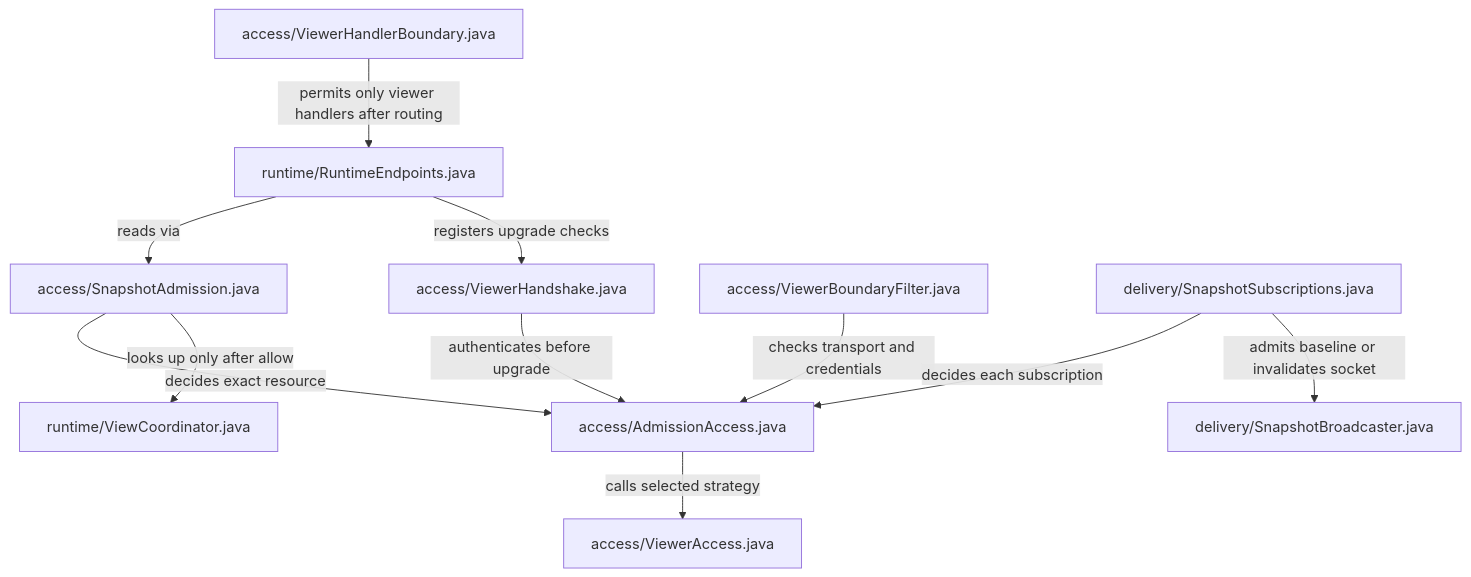
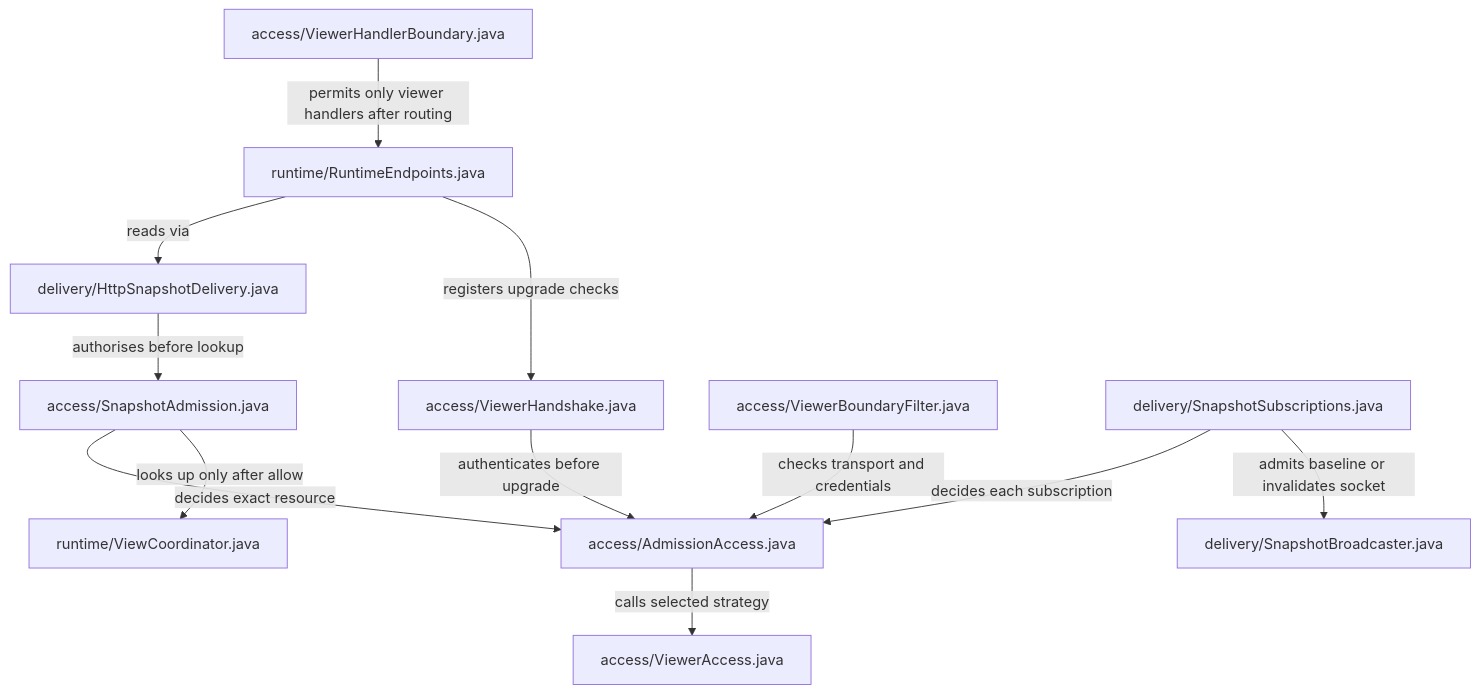
One commit to sproates/zooglass changed the second of 13 diagrams in zooglass/docs/source-map.md. Above: the diagram before and after it, drawn with Mermaid. The commit also changed other lines of this file and 10 other files, not shown here.

First line of the commit message:
Enforce access at HTTP snapshot release (#148)

````diff
--- a/zooglass/docs/source-map.md
+++ b/zooglass/docs/source-map.md
@@ -44,13 +44,14 @@
 ```mermaid
 flowchart TB
-  endpoints["runtime/RuntimeEndpoints.java"] -->|reads via| reads["access/SnapshotAdmission.java"]
+  endpoints["runtime/RuntimeEndpoints.java"] -->|reads via| delivery["delivery/HttpSnapshotDelivery.java"]
+  delivery -->|authorises before lookup| reads["access/SnapshotAdmission.java"]
   endpoints -->|registers upgrade checks| handshake["access/ViewerHandshake.java"]
   filter["access/ViewerBoundaryFilter.java"] -->|checks transport and credentials| access["access/AdmissionAccess.java"]
   handlers["access/ViewerHandlerBoundary.java"] -->|permits only viewer handlers after routing| endpoints
   reads -->|decides exact resource| access
   handshake -->|authenticates before upgrade| access
   sockets["delivery/SnapshotSubscriptions.java"] -->|decides each subscription| access
   access -->|calls selected strategy| strategy["access/ViewerAccess.java"]
   reads -->|looks up only after allow| coordinator["runtime/ViewCoordinator.java"]
   sockets -->|admits baseline or invalidates socket| broadcaster["delivery/SnapshotBroadcaster.java"]
 ```
````
